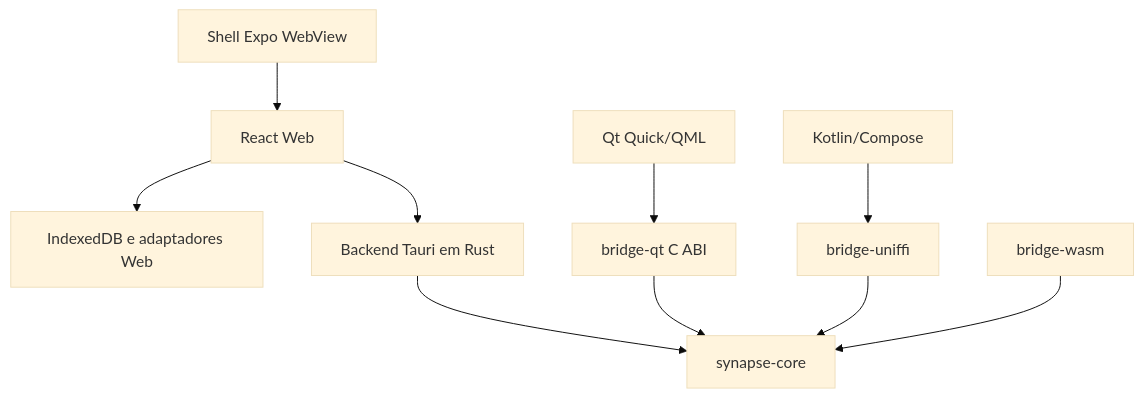
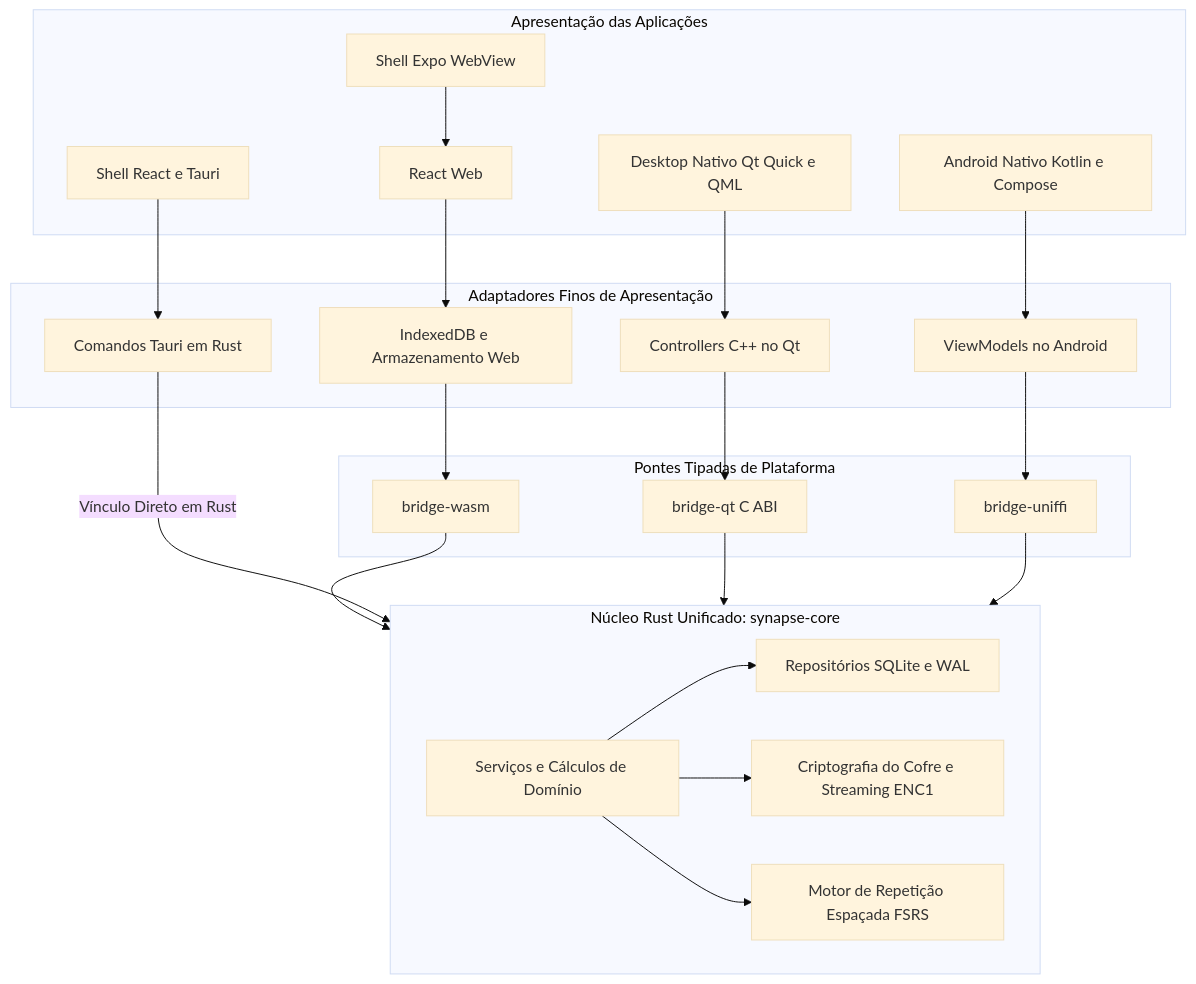
The diagram in README.pt-BR.md (Vinicius-DEV1/synapse), drawn with Mermaid (base theme) before and after one commit. The commit also changed other lines of this file and 18 other files, not shown here.

````diff
--- a/README.pt-BR.md
+++ b/README.pt-BR.md
@@ -80,12 +80,51 @@
 ```mermaid
 flowchart TB
-  Web[React Web] --> WebAdapters[IndexedDB e adaptadores Web]
-  Web --> Tauri[Backend Tauri em Rust]
-  Tauri --> Core[synapse-core]
-  Qt[Qt Quick/QML] --> QtBridge[bridge-qt C ABI]
+  subgraph Apps[Apresentação das Aplicações]
+    Web[React Web]
+    Tauri[Shell React e Tauri]
+    Qt[Desktop Nativo Qt Quick e QML]
+    Android[Android Nativo Kotlin e Compose]
+    Shell[Shell Expo WebView]
+  end
+
+  subgraph Orchestration[Adaptadores Finos de Apresentação]
+    TauriBackend[Comandos Tauri em Rust]
+    QtControllers[Controllers C++ no Qt]
+    AndroidVM[ViewModels no Android]
+    WebAdapters[IndexedDB e Armazenamento Web]
+  end
+
+  subgraph Bridges[Pontes Tipadas de Plataforma]
+    QtBridge[bridge-qt C ABI]
+    AndroidBridge[bridge-uniffi]
+    WasmBridge[bridge-wasm]
+  end
+
+  subgraph Core[Núcleo Rust Unificado: synapse-core]
+    DomainServices[Serviços e Cálculos de Domínio]
+    Repo[Repositórios SQLite e WAL]
+    Crypto[Criptografia do Cofre e Streaming ENC1]
+    FSRS[Motor de Repetição Espaçada FSRS]
+  end
+
+  Web --> WebAdapters
+  WebAdapters --> WasmBridge
+  WasmBridge --> Core
+
+  Shell --> Web
+
+  Tauri --> TauriBackend
+  TauriBackend -->|Vínculo Direto em Rust| Core
+
+  Qt --> QtControllers
+  QtControllers --> QtBridge
   QtBridge --> Core
-  Android[Kotlin/Compose] --> UniFFI[bridge-uniffi]
-  UniFFI --> Core
-  Shell[Shell Expo WebView] --> Web
-  Wasm[bridge-wasm] --> Core
+
+  Android --> AndroidVM
+  AndroidVM --> AndroidBridge
+  AndroidBridge --> Core
+
+  DomainServices --> Repo
+  DomainServices --> Crypto
+  DomainServices --> FSRS
 ```
````
